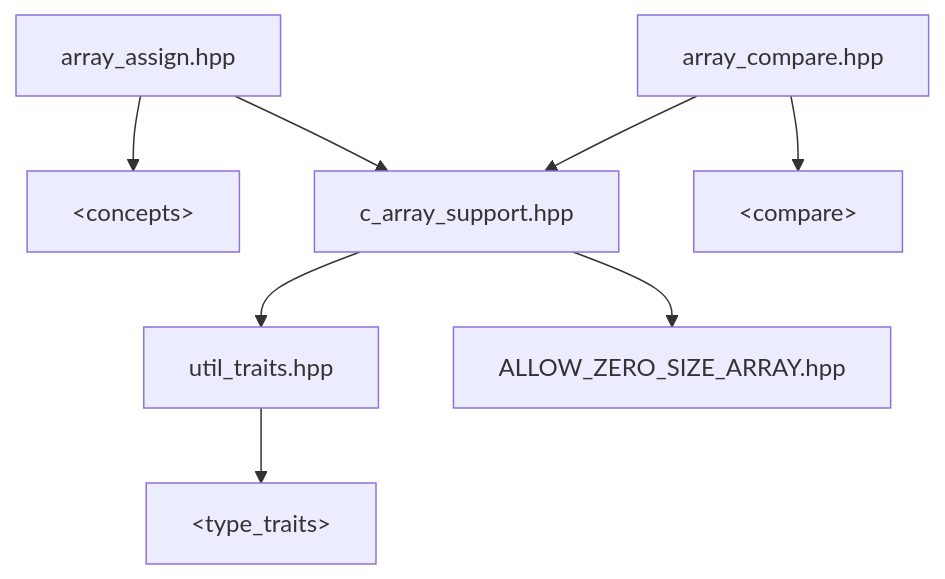
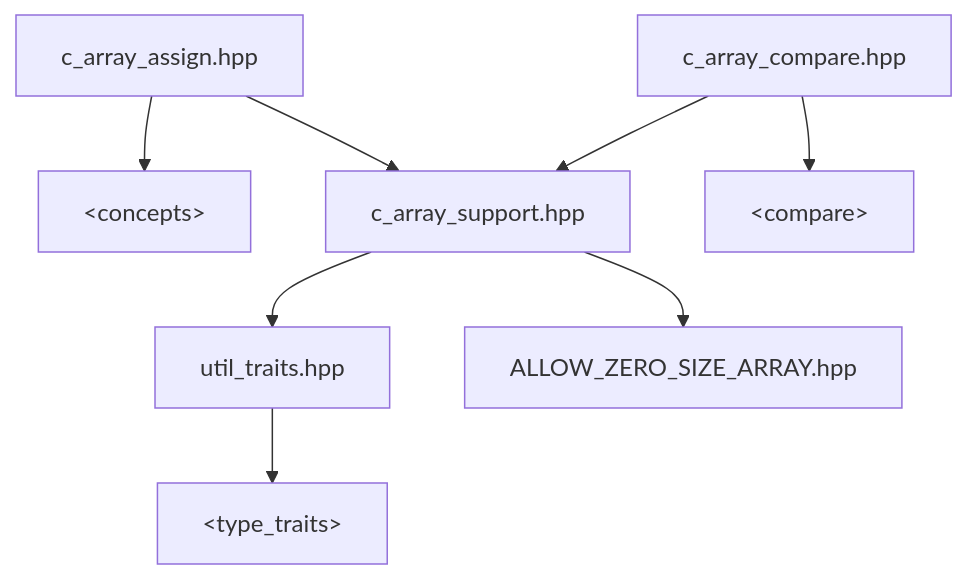
Before and after one commit to lemuriad/c_array_support: the diagram in readme.md, drawn with Mermaid. The commit also changed other lines of this file and 11 other files, not shown here.

First line of the commit message:
Rename array_assign and array_compare to c_array_*

````diff
--- a/readme.md
+++ b/readme.md
@@ -58,11 +58,11 @@
 ```mermaid
   flowchart TD;
-    array_assign.hpp --> con["#lt;concepts#gt;"]
-    array_assign.hpp --> c_array_support.hpp
-    array_compare.hpp --> compare["#lt;compare#gt;"]
-    array_compare.hpp --> c_array_support.hpp
+    c_array_assign.hpp --> con["#lt;concepts#gt;"]
+    c_array_assign.hpp --> c_array_support.hpp
+    c_array_compare.hpp --> compare["#lt;compare#gt;"]
+    c_array_compare.hpp --> c_array_support.hpp
     c_array_support.hpp --> util_traits.hpp
     c_array_support.hpp --> ALLOW_ZERO_SIZE_ARRAY.hpp
     util_traits.hpp --> type_traitsstd["#lt;type_traits#gt;"]
 
 ```
````
